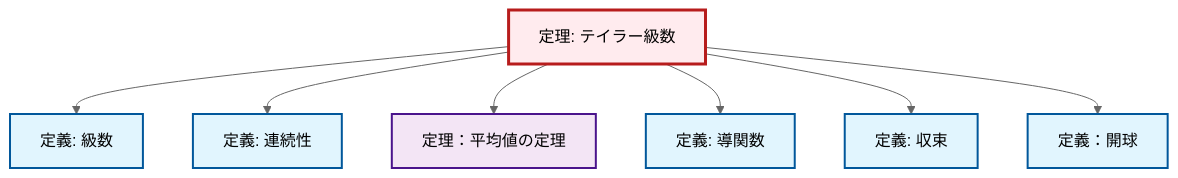
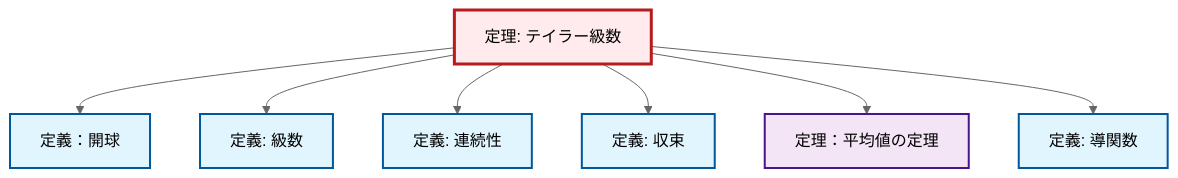
The diagram in content/ja/analysis/thm-taylor-series.qmd (RK0429/ModernMath), drawn with Mermaid (neutral theme) before and after one commit. The commit also changed 672 other files, not shown here.

````diff
--- a/content/ja/analysis/thm-taylor-series.qmd
+++ b/content/ja/analysis/thm-taylor-series.qmd
@@ -109,29 +109,29 @@
 ```{mermaid}
-%%| fig-cap: "Local dependency graph"
+%%| fig-cap: "ローカル依存関係グラフ"
 graph TD
     classDef definition fill:#e1f5fe,stroke:#01579b,stroke-width:2px
     classDef theorem fill:#f3e5f5,stroke:#4a148c,stroke-width:2px
     classDef axiom fill:#fff3e0,stroke:#e65100,stroke-width:2px
     classDef example fill:#e8f5e9,stroke:#1b5e20,stroke-width:2px
     classDef current fill:#ffebee,stroke:#b71c1c,stroke-width:3px
     thm-mean-value["定理：平均値の定理"]:::theorem
+    def-derivative["定義: 導関数"]:::definition
+    def-convergence["定義: 収束"]:::definition
+    def-open-ball["定義：開球"]:::definition
+    def-series["定義: 級数"]:::definition
+    thm-taylor-series["定理: テイラー級数"]:::theorem
     def-continuity["定義: 連続性"]:::definition
-    def-open-ball["定義：開球"]:::definition
-    def-derivative["定義: 導関数"]:::definition
-    def-series["定義: 級数"]:::definition
-    def-convergence["定義: 収束"]:::definition
-    thm-taylor-series["定理: テイラー級数"]:::theorem
+    thm-taylor-series --> def-open-ball
     thm-taylor-series --> def-series
     thm-taylor-series --> def-continuity
+    thm-taylor-series --> def-convergence
     thm-taylor-series --> thm-mean-value
     thm-taylor-series --> def-derivative
-    thm-taylor-series --> def-convergence
-    thm-taylor-series --> def-open-ball
     class thm-taylor-series current
     click thm-mean-value "thm-mean-value.html" "定理：平均値の定理へ"
+    click def-derivative "def-derivative.html" "導関数の定義へ"
+    click def-convergence "def-convergence.html" "収束の定義へ"
+    click def-open-ball "def-open-ball.html" "定義：開球へ"
+    click def-series "def-series.html" "級数の定義へ"
     click def-continuity "def-continuity.html" "連続性の定義へ"
-    click def-open-ball "def-open-ball.html" "定義：開球へ"
-    click def-derivative "def-derivative.html" "導関数の定義へ"
-    click def-series "def-series.html" "級数の定義へ"
-    click def-convergence "def-convergence.html" "収束の定義へ"
 ```
````
